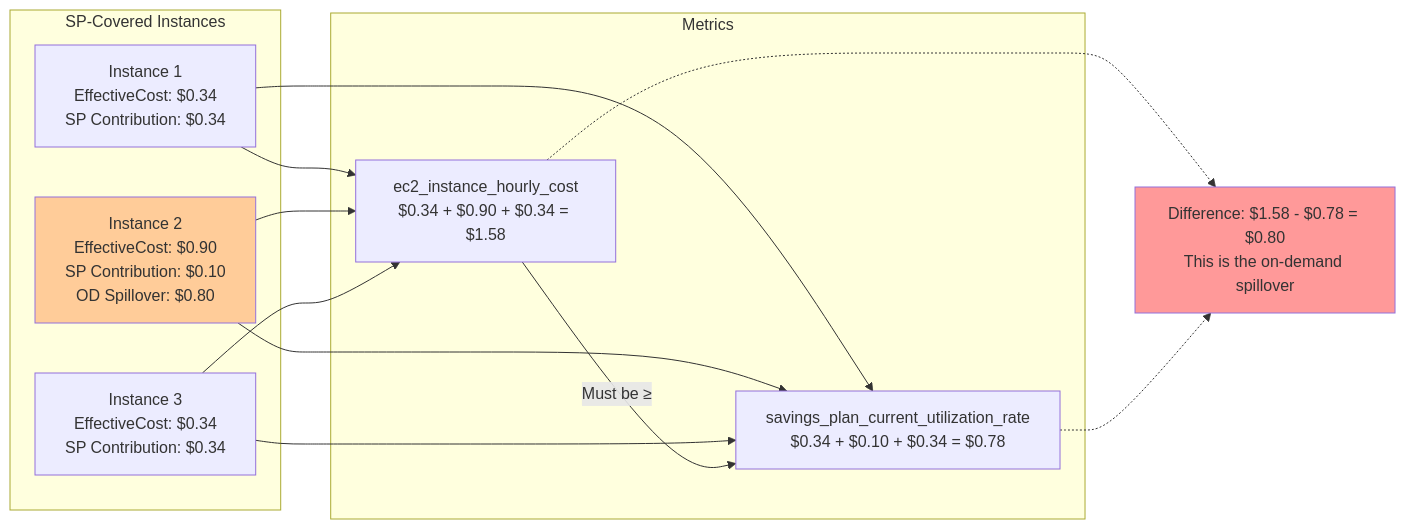
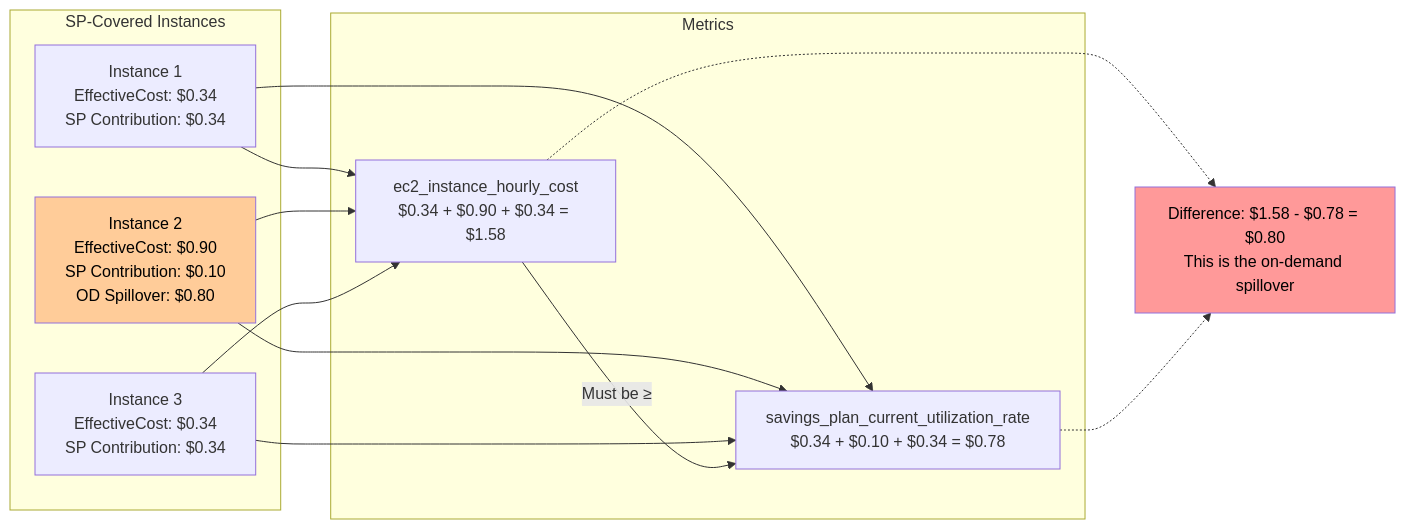
Before and after one commit to Nextdoor/lumina: the eighth of 8 diagrams in ALGORITHM.md, drawn with Mermaid. The commit also changed other lines of this file, not shown here.

First line of the commit message:
docs(algorithm): apply dark text to all light-colored diagram boxes

````diff
--- a/ALGORITHM.md
+++ b/ALGORITHM.md
@@ -587,31 +587,31 @@
 ```mermaid
 graph LR
     subgraph "SP-Covered Instances"
         I1[Instance 1<br/>EffectiveCost: $0.34<br/>SP Contribution: $0.34]
         I2[Instance 2<br/>EffectiveCost: $0.90<br/>SP Contribution: $0.10<br/>OD Spillover: $0.80]
         I3[Instance 3<br/>EffectiveCost: $0.34<br/>SP Contribution: $0.34]
     end
 
     subgraph "Metrics"
         M1[ec2_instance_hourly_cost<br/>$0.34 + $0.90 + $0.34 = $1.58]
         M2[savings_plan_current_utilization_rate<br/>$0.34 + $0.10 + $0.34 = $0.78]
     end
 
     I1 --> M1
     I2 --> M1
     I3 --> M1
 
     I1 --> M2
     I2 --> M2
     I3 --> M2
 
     M1 -->|Must be ≥| M2
 
     Diff[Difference: $1.58 - $0.78 = $0.80<br/>This is the on-demand spillover]
 
     M1 -.-> Diff
     M2 -.-> Diff
 
-    style I2 fill:#ffcc99
-    style Diff fill:#ff9999
+    style I2 fill:#ffcc99,color:#000
+    style Diff fill:#ff9999,color:#000
 ```
````
